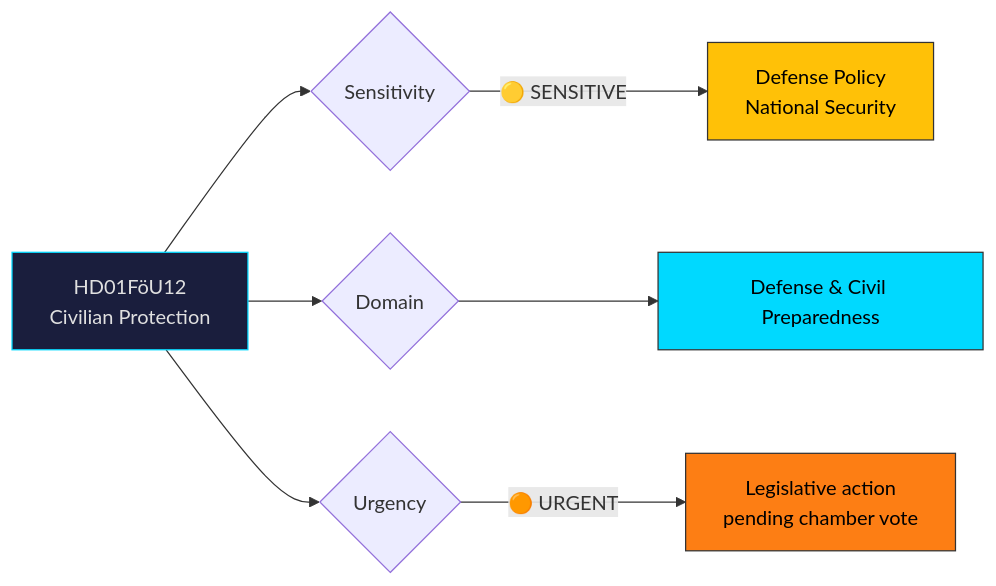
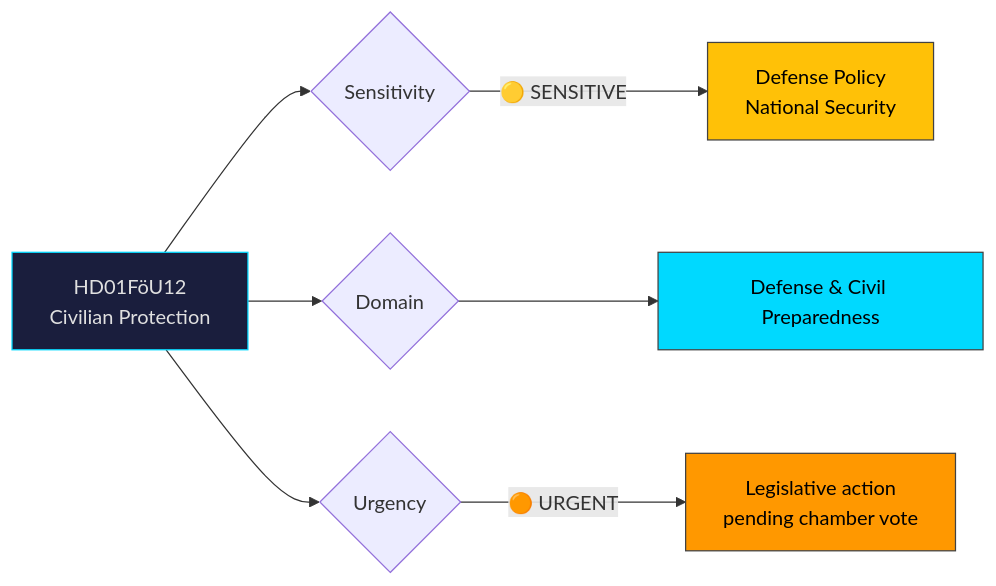
The diagram in analysis/daily/2026-04-06/realtime-1420/documents/hd01föu12-analysis.md (Hack23/riksdagsmonitor), drawn with Mermaid before and after one commit. The commit also changed 785 other files, not shown here.

First line of the commit message:
Normalize mermaid colors across 786 analysis artifacts to ISMS Style Guide palette

````diff
--- a/analysis/daily/2026-04-06/realtime-1420/documents/hd01föu12-analysis.md
+++ b/analysis/daily/2026-04-06/realtime-1420/documents/hd01föu12-analysis.md
@@ -22,16 +22,16 @@
 ```mermaid
 graph LR
     A["HD01FöU12<br/>Civilian Protection"] --> B{Sensitivity}
     B -->|"🟡 SENSITIVE"| D["Defense Policy<br/>National Security"]
 
     A --> G{Domain}
     G --> H["Defense & Civil Preparedness"]
 
     A --> I{Urgency}
     I -->|"🟠 URGENT"| K["Legislative action<br/>pending chamber vote"]
 
     style A fill:#1a1e3d,stroke:#00d9ff,color:#e0e0e0
-    style D fill:#ffc107,stroke:#333,color:#000
-    style H fill:#00d9ff,stroke:#333,color:#000
-    style K fill:#fd7e14,stroke:#333,color:#000
+    style D fill:#FFC107,stroke:#424242,color:#000000
+    style H fill:#00d9ff,stroke:#424242,color:#000000
+    style K fill:#FF9800,stroke:#424242,color:#000000
 ```
````
